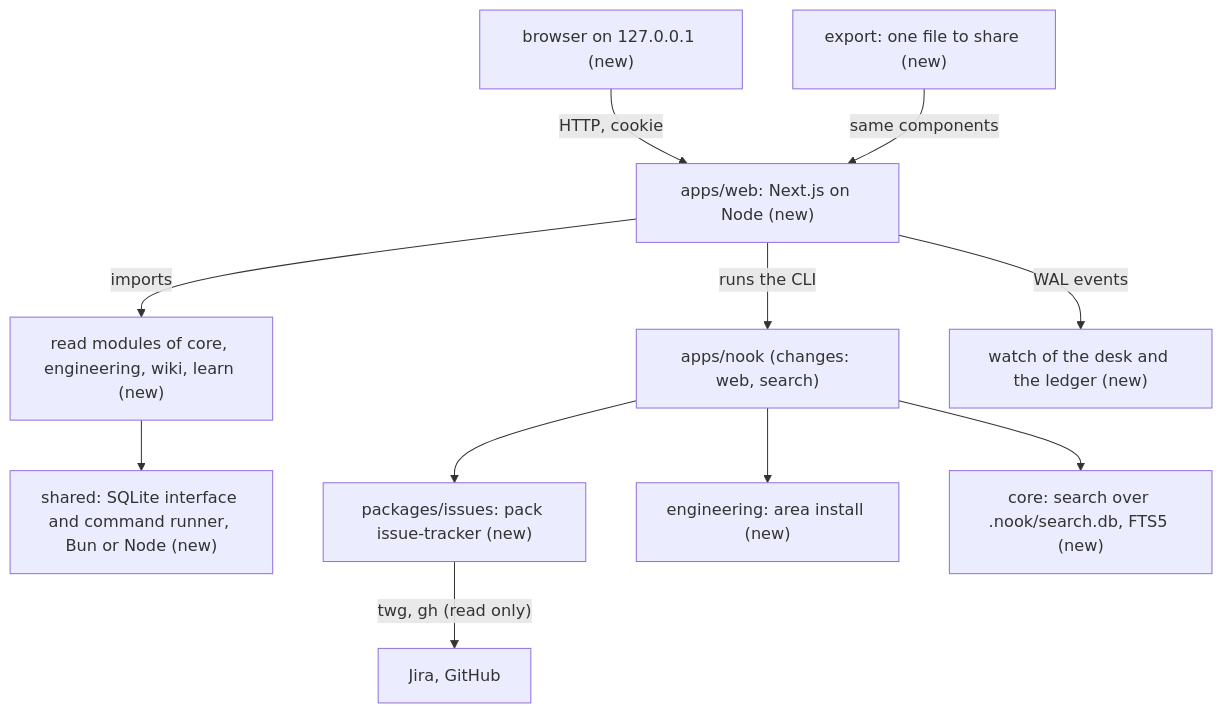
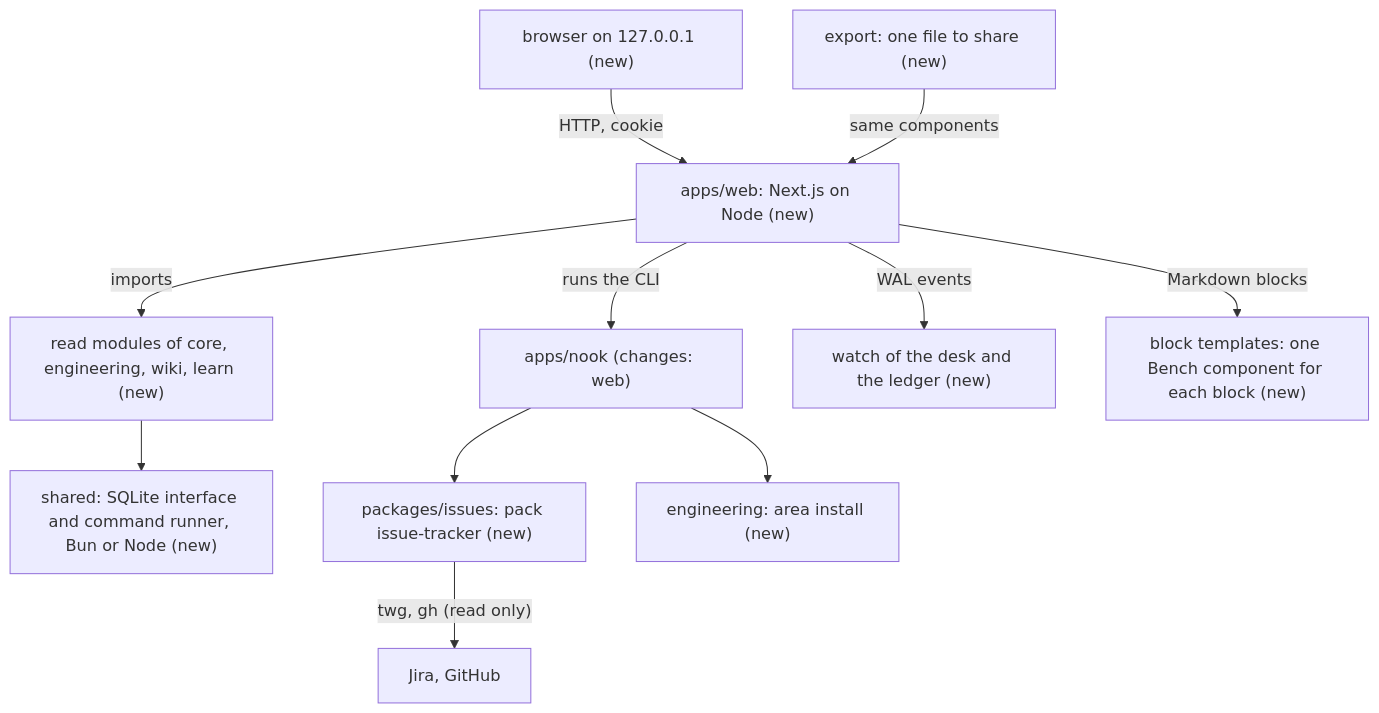
One commit to lamtran8401/nook changed the second of 3 diagrams in docs/plan/v0.3.md. Above: the diagram before and after it, drawn with Mermaid. The commit also changed other lines of this file and 1 other file, not shown here.

First line of the commit message:
Plan v0.3: blocks for documents, search in the web app, the board dialog

````diff
--- a/docs/plan/v0.3.md
+++ b/docs/plan/v0.3.md
@@ -26,13 +25,13 @@
 ```mermaid
 flowchart TB
   browser["browser on 127.0.0.1 (new)"] -->|"HTTP, cookie"| web["apps/web: Next.js on Node (new)"]
   web -->|"imports"| read["read modules of core, engineering, wiki, learn (new)"]
-  web -->|"runs the CLI"| app["apps/nook (changes: web, search)"]
+  web -->|"runs the CLI"| app["apps/nook (changes: web)"]
   web -->|"WAL events"| watch["watch of the desk and the ledger (new)"]
   read --> shared["shared: SQLite interface and command runner, Bun or Node (new)"]
   app --> issues["packages/issues: pack issue-tracker (new)"]
   issues -->|"twg, gh (read only)"| trackers["Jira, GitHub"]
   app --> install["engineering: area install (new)"]
-  app --> search["core: search over .nook/search.db, FTS5 (new)"]
+  web -->|"Markdown blocks"| blocks["block templates: one Bench component for each block (new)"]
   export["export: one file to share (new)"] -->|"same components"| web
 ```
````
